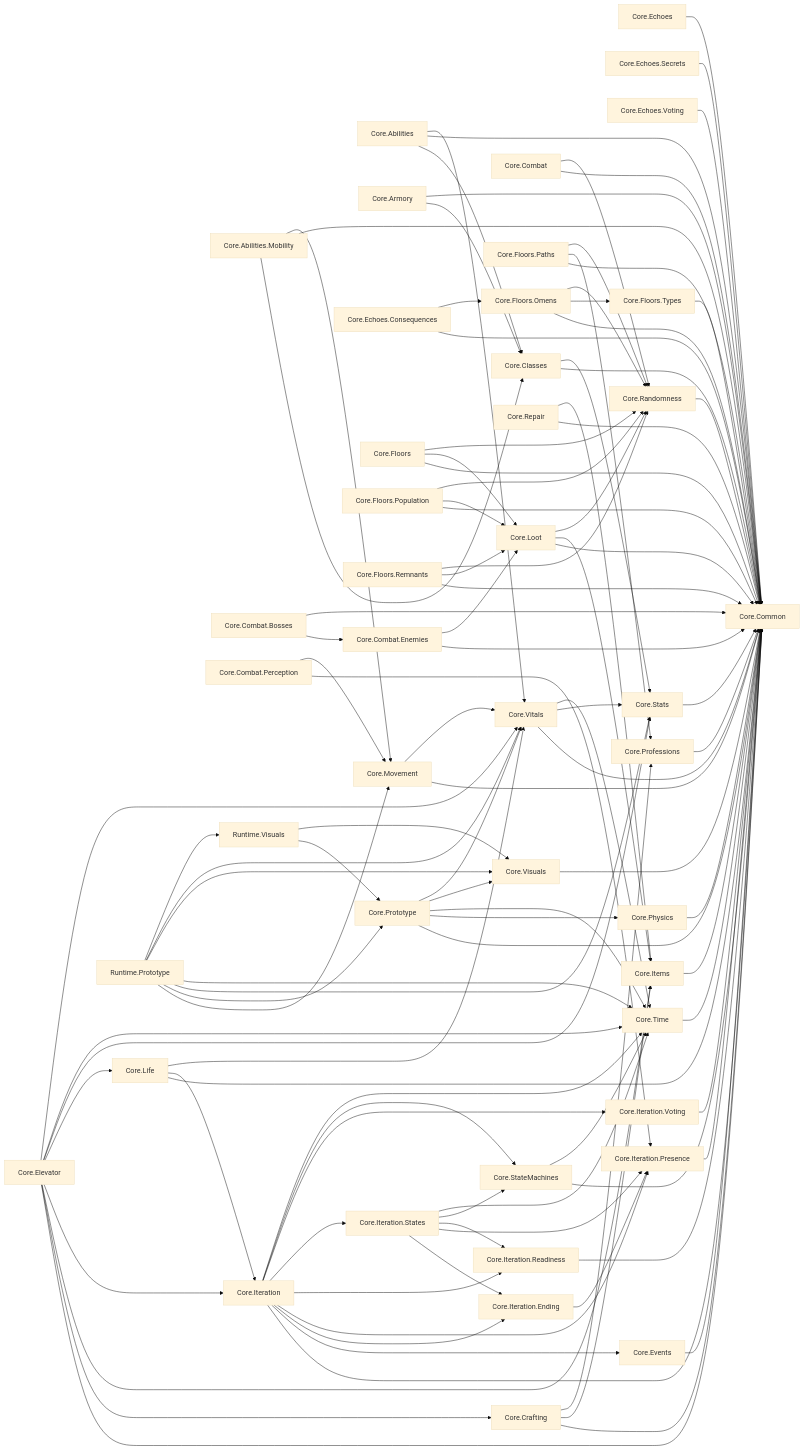
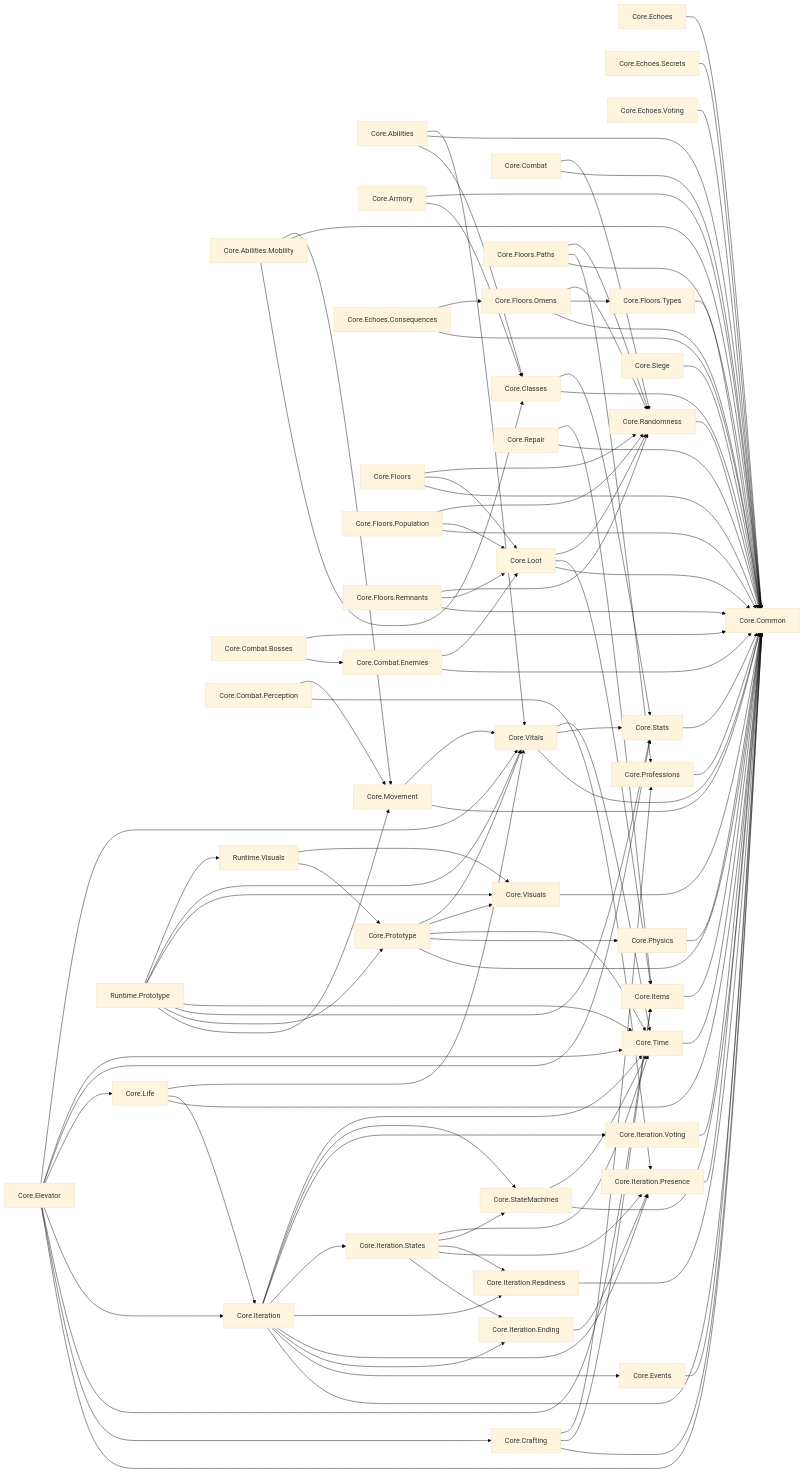
One commit to LazaroPol/Acensor changed the diagram in docs/arquitectura/GRAFO.md. Above: the diagram before and after it, drawn with Mermaid (base theme). The commit also changed 10 other files, not shown here.

````diff
--- a/docs/arquitectura/GRAFO.md
+++ b/docs/arquitectura/GRAFO.md
@@ -41,17 +41,18 @@
   n34["Core.Prototype"]
   n35["Core.Randomness"]
   n36["Core.Repair"]
-  n37["Core.StateMachines"]
-  n38["Core.Stats"]
-  n39["Core.Time"]
-  n40["Core.Visuals"]
-  n41["Core.Vitals"]
-  n42["Runtime.Prototype"]
-  n43["Runtime.Visuals"]
-  n0 --> n3 & n8 & n41
+  n37["Core.Siege"]
+  n38["Core.StateMachines"]
+  n39["Core.Stats"]
+  n40["Core.Time"]
+  n41["Core.Visuals"]
+  n42["Core.Vitals"]
+  n43["Runtime.Prototype"]
+  n44["Runtime.Visuals"]
+  n0 --> n3 & n8 & n42
   n1 --> n3 & n8 & n31
   n2 --> n3 & n8
-  n3 --> n8 & n38
+  n3 --> n8 & n39
   n4 --> n8 & n35
   n5 --> n6 & n8
   n6 --> n8 & n30
@@ -61,7 +62,7 @@
   n11 --> n8 & n17
   n12 --> n8
   n13 --> n8
-  n14 --> n8 & n9 & n22 & n23 & n29 & n38 & n39 & n41
+  n14 --> n8 & n9 & n22 & n23 & n29 & n39 & n40 & n42
   n15 --> n8
   n16 --> n8 & n30 & n35
   n17 --> n8 & n21 & n35
@@ -70,25 +71,26 @@
   n20 --> n8 & n30 & n35
   n21 --> n8
   n22 --> n8
-  n23 --> n8 & n15 & n24 & n25 & n26 & n27 & n28 & n37 & n39
+  n23 --> n8 & n15 & n24 & n25 & n26 & n27 & n28 & n38 & n40
   n24 --> n25
   n25 --> n8
   n26 --> n8
-  n27 --> n24 & n25 & n26 & n37 & n39
+  n27 --> n24 & n25 & n26 & n38 & n40
   n28 --> n8
-  n29 --> n8 & n23 & n41
+  n29 --> n8 & n23 & n42
   n30 --> n8 & n22 & n35
-  n31 --> n8 & n41
+  n31 --> n8 & n42
   n32 --> n8
   n33 --> n8
-  n34 --> n8 & n32 & n39 & n40 & n41
+  n34 --> n8 & n32 & n40 & n41 & n42
   n35 --> n8
   n36 --> n8 & n22
-  n37 --> n8 & n39
-  n38 --> n8
+  n37 --> n8
+  n38 --> n8 & n40
   n39 --> n8
   n40 --> n8
-  n41 --> n8 & n38 & n39
-  n42 --> n31 & n34 & n38 & n39 & n40 & n41 & n43
-  n43 --> n34 & n40
+  n41 --> n8
+  n42 --> n8 & n39 & n40
+  n43 --> n31 & n34 & n39 & n40 & n41 & n42 & n44
+  n44 --> n34 & n41
 ```
````
